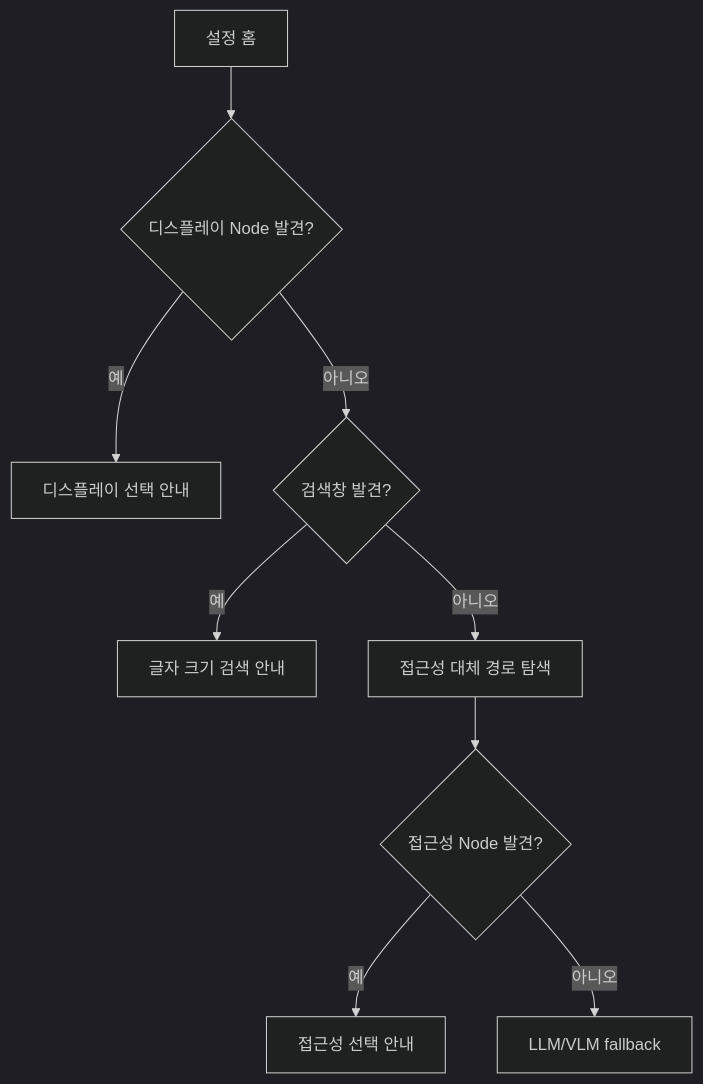
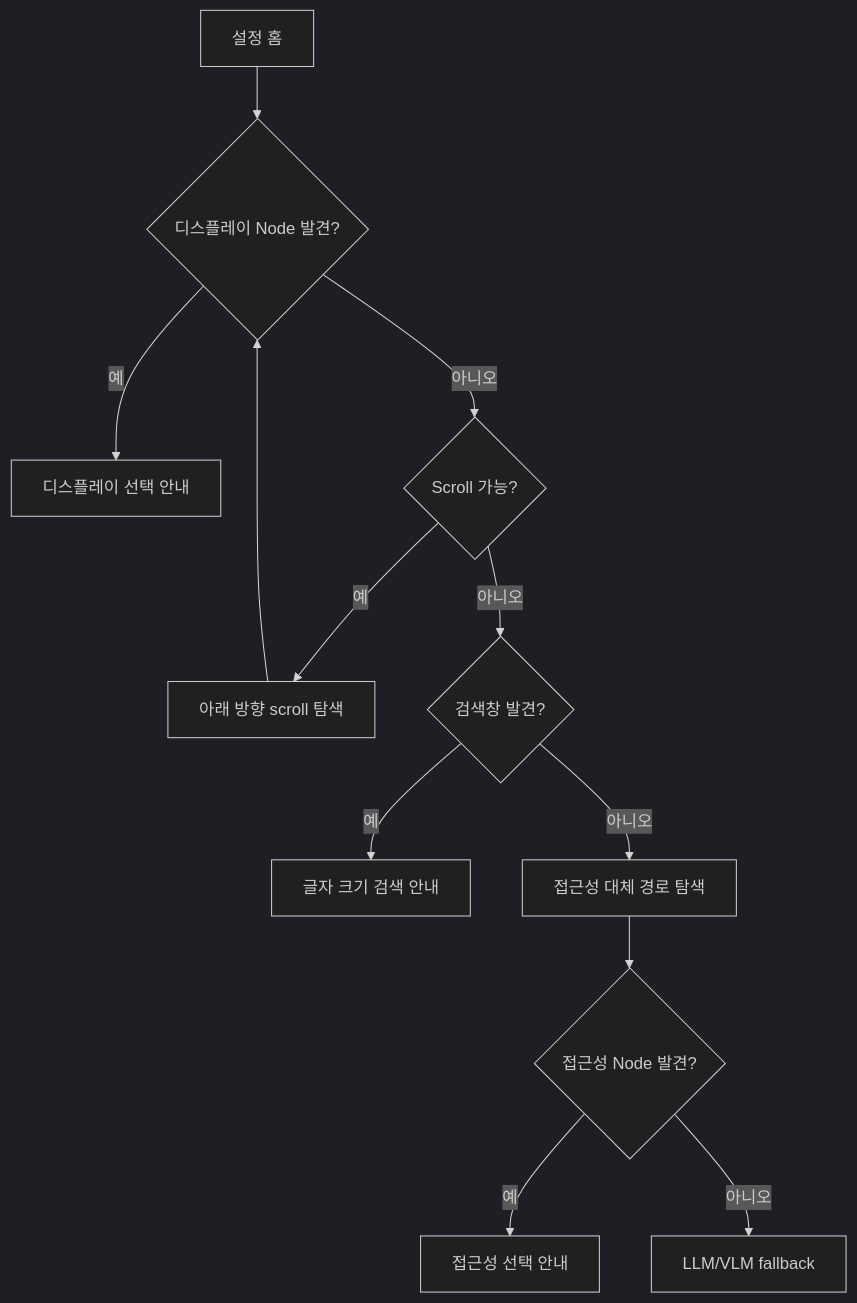
Before and after one commit to Bae-iri/Click: the second of 2 diagrams in AI-Agent/docs/tasks/font-size-increase.md, drawn with Mermaid (dark theme). The commit also changed other lines of this file and 5 other files, not shown here.

````diff
--- a/AI-Agent/docs/tasks/font-size-increase.md
+++ b/AI-Agent/docs/tasks/font-size-increase.md
@@ -178,11 +342,14 @@
 ```mermaid
 flowchart TD
     A[설정 홈] --> B{디스플레이 Node 발견?}
     B -->|예| C[디스플레이 선택 안내]
-    B -->|아니오| D{검색창 발견?}
-    D -->|예| E["글자 크기" 검색 안내]
-    D -->|아니오| F[접근성 대체 경로 탐색]
-    F --> G{접근성 Node 발견?}
-    G -->|예| H[접근성 선택 안내]
-    G -->|아니오| I[LLM/VLM fallback]
+    B -->|아니오| D{Scroll 가능?}
+    D -->|예| E[아래 방향 scroll 탐색]
+    E --> B
+    D -->|아니오| F{검색창 발견?}
+    F -->|예| G["글자 크기" 검색 안내]
+    F -->|아니오| H[접근성 대체 경로 탐색]
+    H --> I{접근성 Node 발견?}
+    I -->|예| J[접근성 선택 안내]
+    I -->|아니오| K[LLM/VLM fallback]
 ```
````
